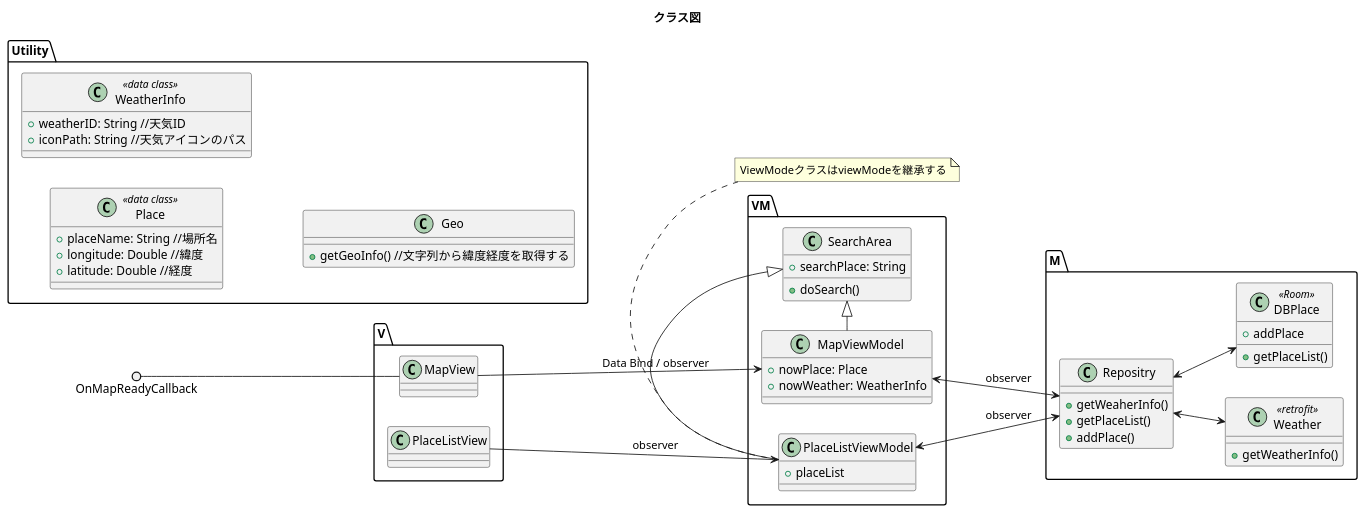
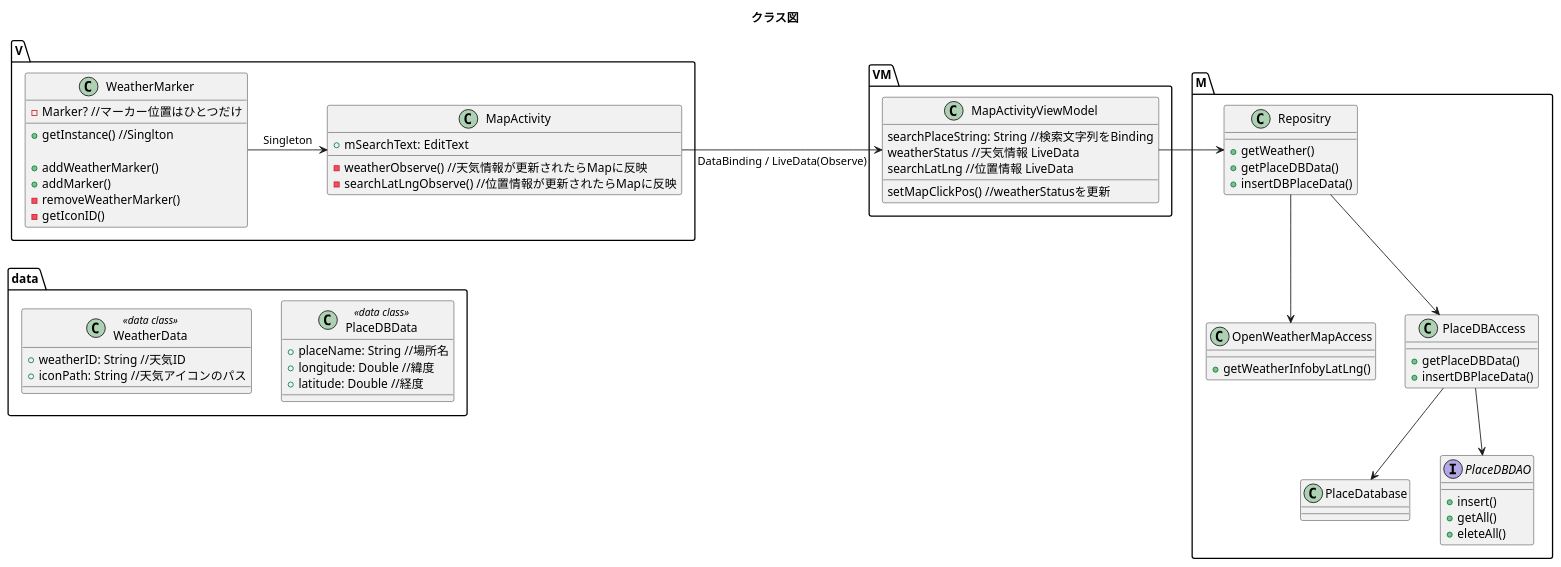
The diagram in classDiagram.pu (takudosato/appDocuments202008), drawn with PlantUML before and after one commit.

```diff
--- a/classDiagram.pu
+++ b/classDiagram.pu
@@ -1,95 +1,101 @@
 @startuml class diagram
 
 title: クラス図
-
-left to right direction
 
 'クラスの宣言
 package "V" {
 
   'GoogleMapを表示する
-  class MapView {
+  class MapActivity {
+    +mSearchText: EditText
+
+    -weatherObserve() //天気情報が更新されたらMapに反映
+    -searchLatLngObserve() //位置情報が更新されたらMapに反映
   }
 
-  '検索地リストを表示する
-  class PlaceListView {
+  class WeatherMarker{
+    -Marker? //マーカー位置はひとつだけ
+
+    +getInstance() //Singlton
+
+    +addWeatherMarker()
+    +addMarker()
+    -removeWeatherMarker()
+    -getIconID()
   }
 }
 
 package "VM" {
 
-  '検索機能を提供する
-  class SearchArea {
-    +searchPlace: String
-    +doSearch()
-  }
+  class MapActivityViewModel {
+    searchPlaceString: String //検索文字列をBinding
+    weatherStatus //天気情報 LiveData
+    searchLatLng //位置情報 LiveData
 
-  class MapViewModel {
-    +nowPlace: Place
-    +nowWeather: WeatherInfo
+    setMapClickPos() //weatherStatusを更新
   } 
-  
-  class PlaceListViewModel {
-    +placeList
-  }
+
 }
-note bottom: ViewModeクラスはviewModeを継承する
 
 package "M" {
   class Repositry {
-    +getWeaherInfo()
-    +getPlaceList()
-    +addPlace()
+    +getWeather()
+    +getPlaceDBData()
+    +insertDBPlaceData()
   }
 
-  class Weather <<retrofit>> {
-    +getWeatherInfo()
+  class OpenWeatherMapAccess{
+    +getWeatherInfobyLatLng()
   }
 
-  class DBPlace <<Room>> {
-    +getPlaceList()
-    +addPlace
+  class PlaceDBAccess {
+    +getPlaceDBData()
+    +insertDBPlaceData()
+  }
+
+  class PlaceDatabase{
+  }
+
+  interface PlaceDBDAO{
+    +insert()
+    +getAll()
+    +eleteAll()
   }
 }
 
-package Utility {
+package data {
 
   '場所を表すデータクラス
-  class Place <<data class>> {
+  class PlaceDBData <<data class>> {
     +placeName: String //場所名
     +longitude: Double //緯度
     +latitude: Double //経度
   }
 
   '天気情報を表すデータクラス
-  class WeatherInfo <<data class>> {
+  class WeatherData <<data class>> {
     +weatherID: String //天気ID
     +iconPath: String //天気アイコンのパス
   }
 
-  '地理情報変換
-  class Geo {
-    +getGeoInfo() //文字列から緯度経度を取得する
-  }
 }
 
 'クラス関連
-' MapViewはGooglemapを保持
-OnMapReadyCallback ()-- MapView
+' MapActivityはGooglemapを保持
+WeatherMarker -> MapActivity : Singleton
 
-MapView --> MapViewModel : Data Bind / observer
-PlaceListView --> PlaceListViewModel : observer
+MapActivity -> MapActivityViewModel : DataBinding / LiveData(Observe)
 
-' VMクラスはviewModelを継承
-MapViewModel <--> Repositry : observer
-PlaceListViewModel <--> Repositry : observer
+' VMクラスとMクラス
+MapActivityViewModel -> Repositry
 
 ' DBとWebAPIアクセスはクラスに任せる
-Repositry <--> Weather
-Repositry <--> DBPlace
+Repositry --> OpenWeatherMapAccess
+Repositry --> PlaceDBAccess
 
-' VMは検索インターフェースを使う
-MapViewModel -|> SearchArea
-PlaceListViewModel -|> SearchArea
+PlaceDBAccess --> PlaceDatabase
+PlaceDBAccess --> PlaceDBDAO
+
+WeatherMarker -[hidden]do- WeatherData
 
 @enduml
```
